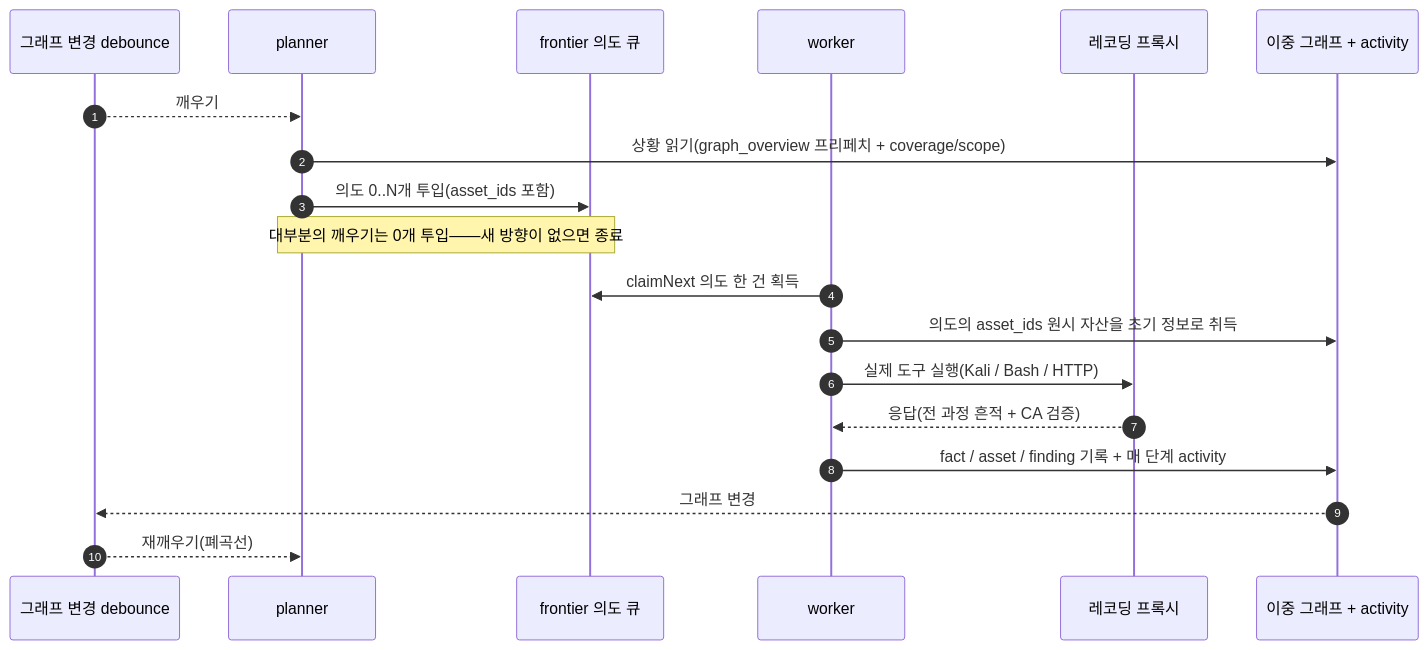
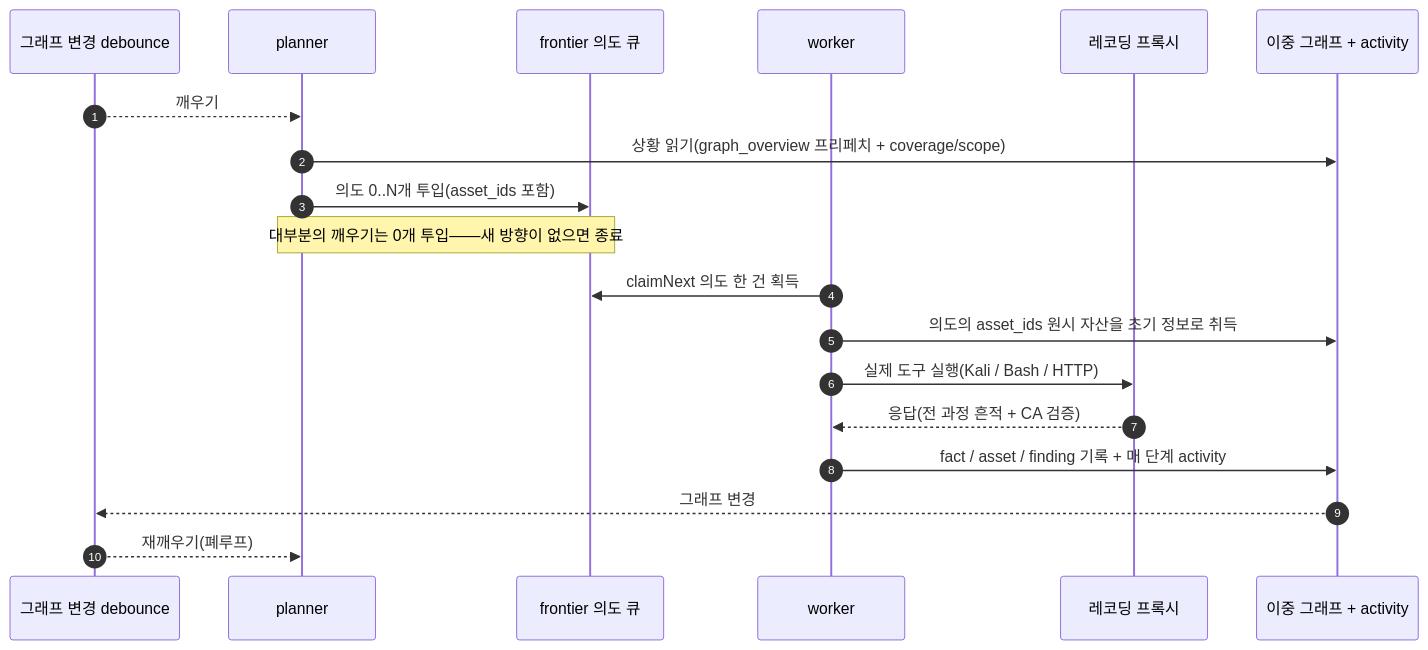
One commit to Doyoun510/ARTEX_ko changed the third of 5 diagrams in README.ko.md. Above: the diagram before and after it, drawn with Mermaid. The commit also changed other lines of this file, not shown here.

````diff
--- a/README.ko.md
+++ b/README.ko.md
@@ -391,22 +391,22 @@
 ```mermaid
 sequenceDiagram
   autonumber
   participant EV as 그래프 변경 debounce
   participant P as planner
   participant FR as frontier 의도 큐
   participant W as worker
   participant PX as 레코딩 프록시
   participant DB as 이중 그래프 + activity
 
   EV-->>P: 깨우기
   P->>DB: 상황 읽기(graph_overview 프리페치 + coverage/scope)
   P->>FR: 의도 0..N개 투입(asset_ids 포함)
   Note over P,FR: 대부분의 깨우기는 0개 투입——새 방향이 없으면 종료
   W->>FR: claimNext 의도 한 건 획득
   W->>DB: 의도의 asset_ids 원시 자산을 초기 정보로 취득
   W->>PX: 실제 도구 실행(Kali / Bash / HTTP)
   PX-->>W: 응답(전 과정 흔적 + CA 검증)
   W->>DB: fact / asset / finding 기록 + 매 단계 activity
   DB-->>EV: 그래프 변경
-  EV-->>P: 재깨우기(폐곡선)
+  EV-->>P: 재깨우기(폐루프)
 ```
````
